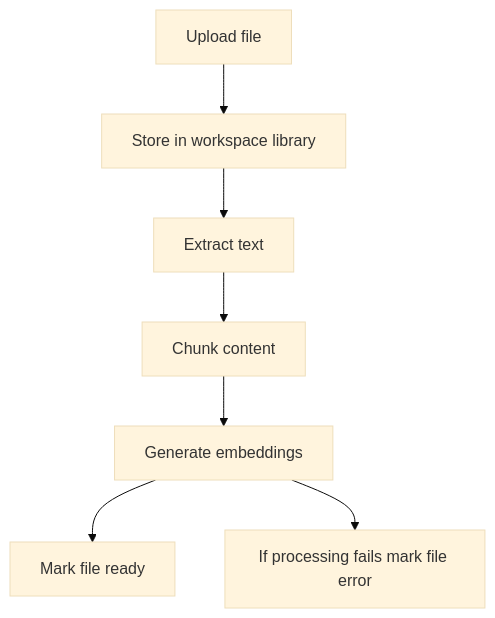
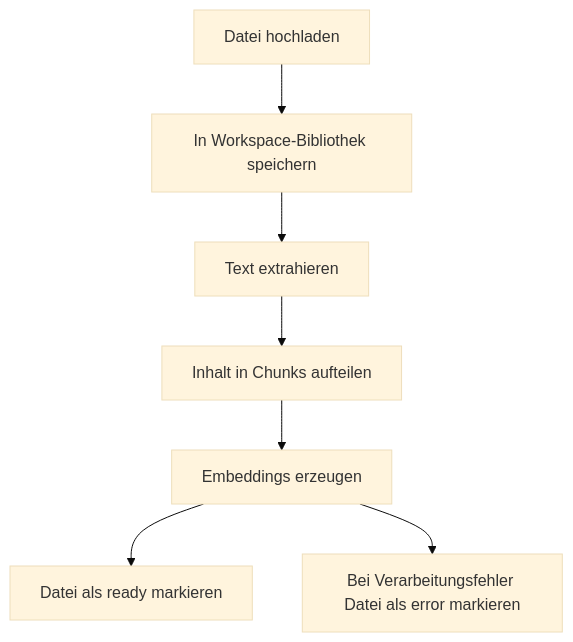
Before and after one commit to Talkturo/documentation-docs: the diagram in de/knowledge-base.mdx, drawn with Mermaid (base theme). The commit also changed 24 other files, not shown here.

Commit message:
docs: Update German documentation with comprehensive content for AI Voice Agents, authentication methods, features, and workspace management

````diff
--- a/de/knowledge-base.mdx
+++ b/de/knowledge-base.mdx
@@ -73,9 +73,9 @@
 ```mermaid
 graph TD
-  A[Upload file] --> B[Store in workspace library]
-  B --> C[Extract text]
-  C --> D[Chunk content]
-  D --> E[Generate embeddings]
-  E --> F[Mark file ready]
-  E --> G[If processing fails mark file error]
+  A[Datei hochladen] --> B[In Workspace-Bibliothek speichern]
+  B --> C[Text extrahieren]
+  C --> D[Inhalt in Chunks aufteilen]
+  D --> E[Embeddings erzeugen]
+  E --> F[Datei als ready markieren]
+  E --> G[Bei Verarbeitungsfehler Datei als error markieren]
 ```
````
